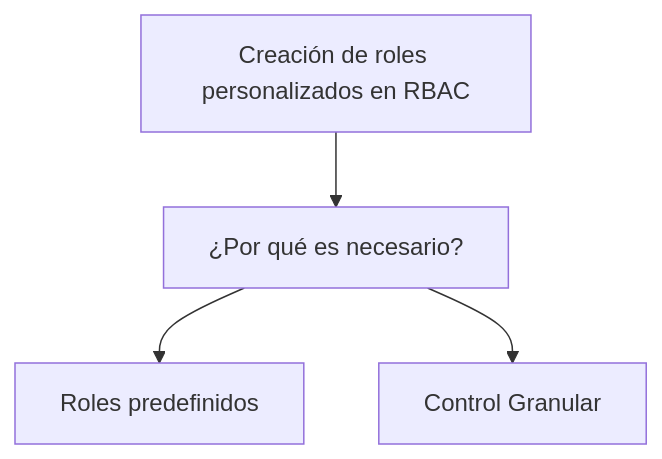
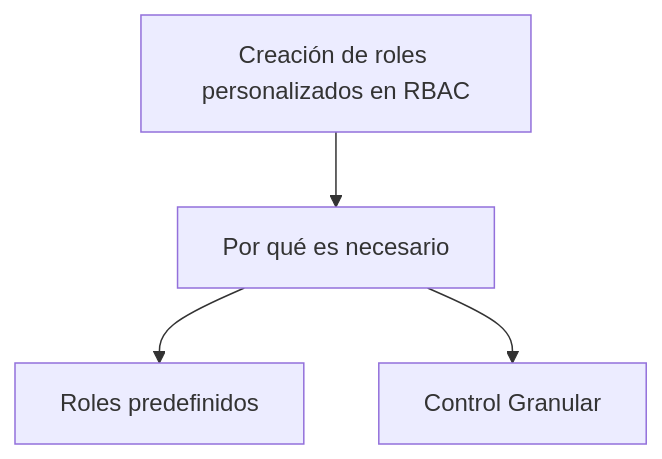
The second of 7 diagrams in Create custom role-based access control (RBAC) and Azure AD roles.md (fedesantamarina/az-104), drawn with Mermaid before and after one commit.

````diff
--- a/Create custom role-based access control (RBAC) and Azure AD roles.md
+++ b/Create custom role-based access control (RBAC) and Azure AD roles.md
@@ -31,6 +31,6 @@
 ```mermaid
 graph TD;
-  A[Creación de roles personalizados en RBAC] --> B[¿Por qué es necesario?]
+  A[Creación de roles personalizados en RBAC] --> B[Por qué es necesario]
   B --> C[Roles predefinidos]
   B --> D[Control Granular]
 ```
````
